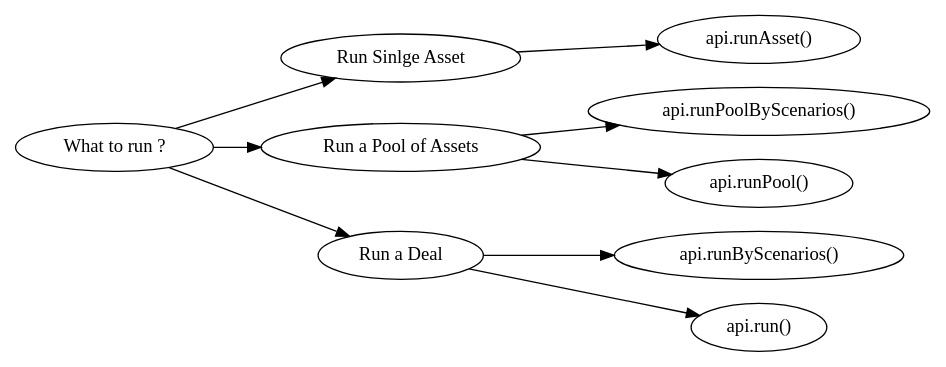
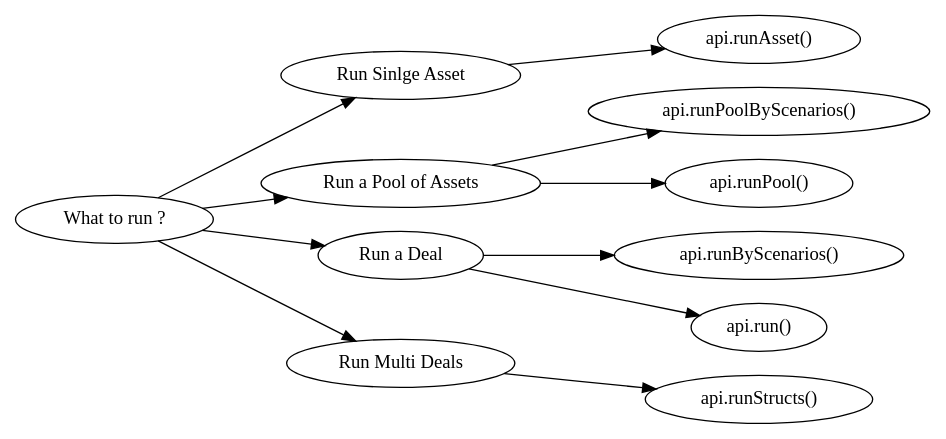
One commit to yellowbean/AbsBox changed the eighth of 9 diagrams in docs/source/analytics.rst. Above: the diagram before and after it, drawn with Graphviz. The commit also changed other lines of this file and 1 other file, not shown here.

```diff
--- a/docs/source/analytics.rst
+++ b/docs/source/analytics.rst
@@ -913,17 +912,19 @@
 .. graphviz::
     :name: sphinx.ext.graphviz
     :caption: run targets
     :alt: run targets
     :align: center
 
     digraph {
         rankdir = LR
         b[label="What to run ?"]
         b -> "Run Sinlge Asset"  -> "api.runAsset()"
         b -> "Run a Pool of Assets" 
         b -> "Run a Deal"
+        b -> "Run Multi Deals"
         "Run a Pool of Assets"  -> "api.runPoolByScenarios()"
         "Run a Pool of Assets"  -> "api.runPool()"
         "Run a Deal" -> "api.runByScenarios()"
         "Run a Deal" -> "api.run()"
+        "Run Multi Deals" -> "api.runStructs()"
     }
```
